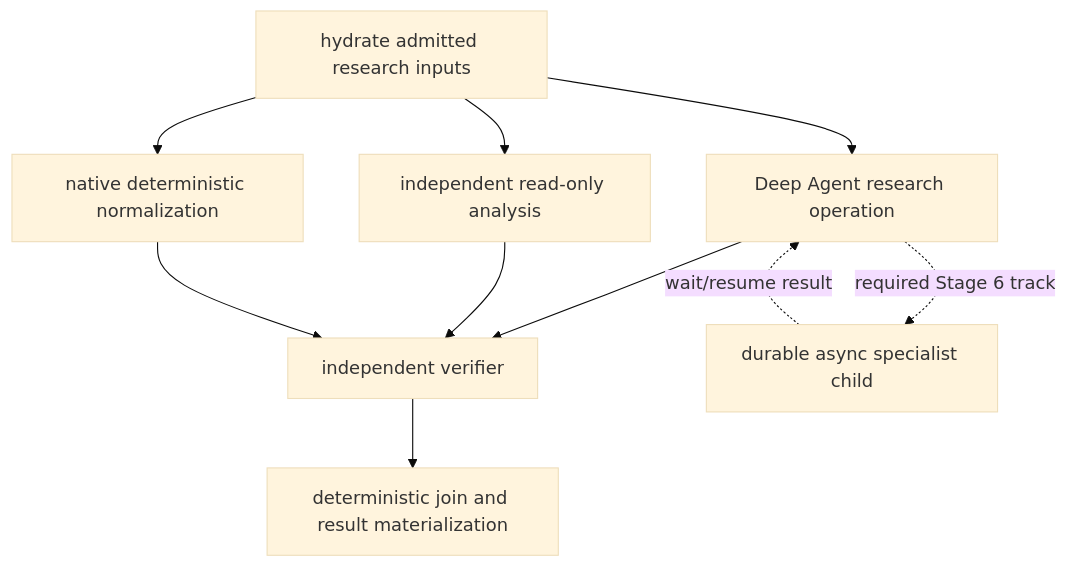
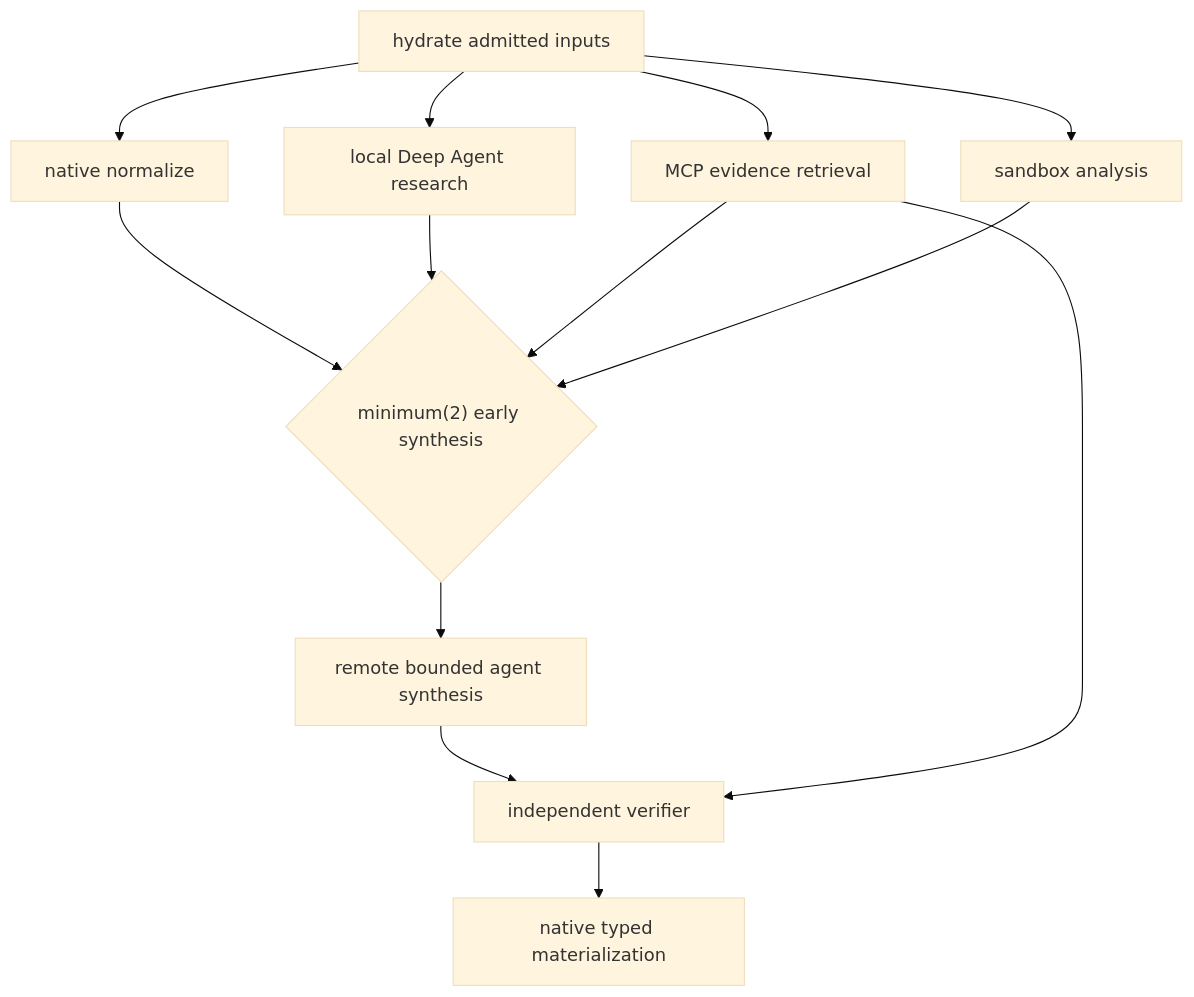
The diagram in docs/migrations_instructions/implementation_work_packages/09A_STAGE_6_HETEROGENEOUS_STAGEGRAPH_COMPOSITION_PROOF.md (Overton77/belllabs-research-ingestion-evaluation-content-services), drawn with Mermaid (base theme) before and after one commit. The commit also changed other lines of this file and 64 other files, not shown here.

Commit message:
checkpoint commit before implementing new temporal and deepagents architecture with enhanced workflows and new foundational capability features

````diff
--- a/docs/migrations_instructions/implementation_work_packages/09A_STAGE_6_HETEROGENEOUS_STAGEGRAPH_COMPOSITION_PROOF.md
+++ b/docs/migrations_instructions/implementation_work_packages/09A_STAGE_6_HETEROGENEOUS_STAGEGRAPH_COMPOSITION_PROOF.md
@@ -17,12 +32,15 @@
 ```mermaid
 flowchart TD
-    H["hydrate admitted research inputs"] --> N["native deterministic normalization"]
-    H --> R["Deep Agent research operation"]
-    H --> A["independent read-only analysis"]
+    H["hydrate admitted inputs"] --> N["native normalize"]
+    H --> L["local Deep Agent research"]
+    H --> M["MCP evidence retrieval"]
+    H --> S["sandbox analysis"]
+    N --> E{"minimum(2) early synthesis"}
+    L --> E
+    M --> E
+    S --> E
+    E --> R["remote bounded agent synthesis"]
     R --> V["independent verifier"]
-    A --> V
-    N --> V
-    V --> J["deterministic join and result materialization"]
-    R -. "required Stage 6 track" .-> C["durable async specialist child"]
-    C -. "wait/resume result" .-> R
+    M --> V
+    V --> F["native typed materialization"]
 ```
````
